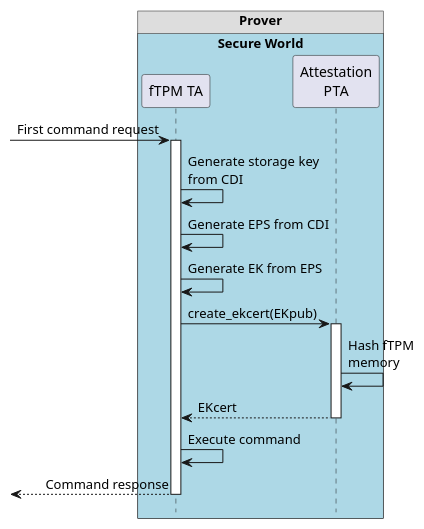
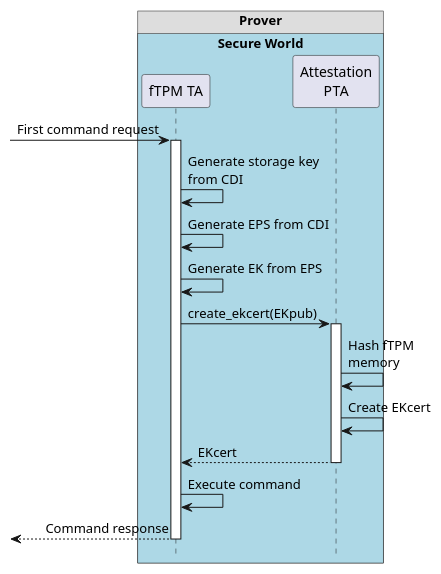
One commit to akorb/master-thesis changed the diagram in figures/tpm-initialization.puml. Above: the diagram before and after it, drawn with PlantUML. The commit also changed 8 other files, not shown here.

```diff
--- a/figures/tpm-initialization.puml
+++ b/figures/tpm-initialization.puml
@@ -1,29 +1,29 @@
 @startuml tpm initialization
 !pragma teoz true
 hide footbox
 
 skinparam NoteTextAlignment center
 
 [-> "fTPM TA"++: First command request
 
 "fTPM TA" -> "fTPM TA": Generate storage key\nfrom CDI
 "fTPM TA" -> "fTPM TA": Generate EPS from CDI
 "fTPM TA" -> "fTPM TA": Generate EK from EPS
 
 "fTPM TA" -> "Attestation\nPTA" ++: create_ekcert(EKpub)
 
-' "Attestation\nPTA" -> "fTPM TA": Read memory
 "Attestation\nPTA" -> "Attestation\nPTA": Hash fTPM\nmemory
+"Attestation\nPTA" -> "Attestation\nPTA": Create EKcert
 "fTPM TA" <-- "Attestation\nPTA" --: EKcert
 
 "fTPM TA" -> "fTPM TA": Execute command
 [<-- "fTPM TA"--: Command response
 
 box "Prover"
     box "Secure World" #LightBlue
     participant "fTPM TA"
     participant "Attestation\nPTA"
     end box
 end box
 
 @enduml
```
